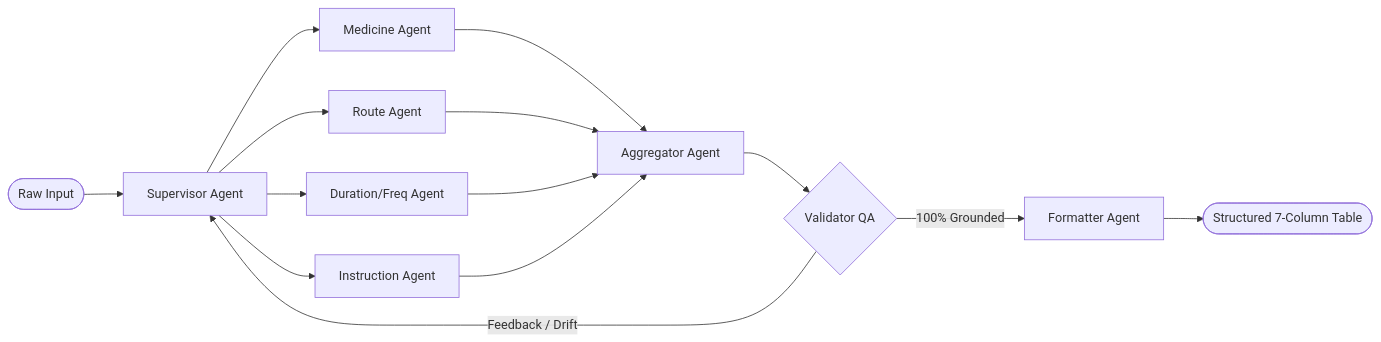
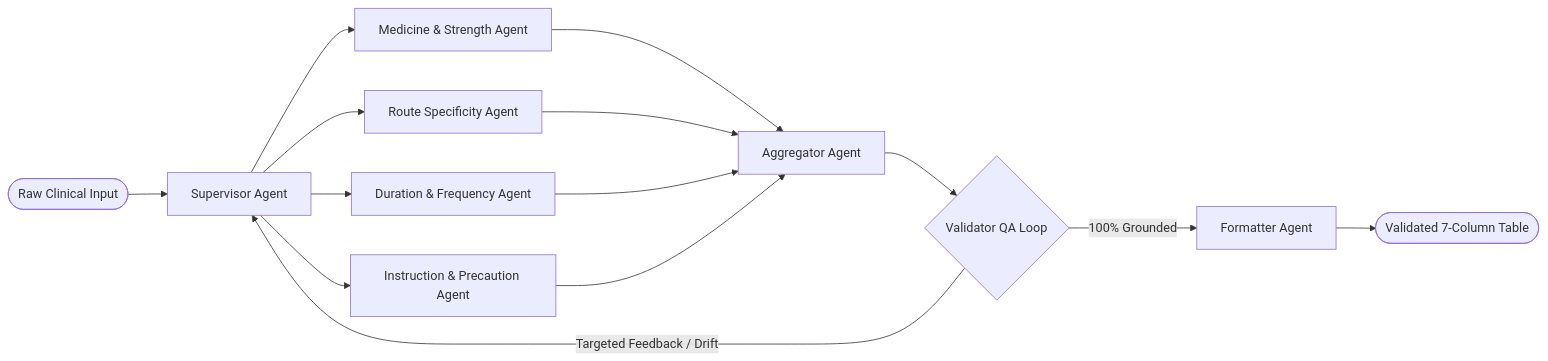
Before and after one commit to AbhinavEliac/Agentic_Prescription_Generator: the second of 2 diagrams in README.md, drawn with Mermaid. The commit also changed other lines of this file, not shown here.

Commit message:
Fix GitHub Mermaid diagram syntax and quoting

````diff
--- a/README.md
+++ b/README.md
@@ -98,21 +98,21 @@
 ```mermaid
 flowchart LR
-    Start([Raw Input]) --> Sup[Supervisor Agent]
+    Start(["Raw Clinical Input"]) --> Sup["Supervisor Agent"]
     
-    Sup --> Med[Medicine Agent]
-    Sup --> Route[Route Agent]
-    Sup --> DurFreq[Duration/Freq Agent]
-    Sup --> Inst[Instruction Agent]
+    Sup --> Med["Medicine & Strength Agent"]
+    Sup --> Route["Route Specificity Agent"]
+    Sup --> DurFreq["Duration & Frequency Agent"]
+    Sup --> Inst["Instruction & Precaution Agent"]
     
-    Med --> Agg[Aggregator Agent]
+    Med --> Agg["Aggregator Agent"]
     Route --> Agg
     DurFreq --> Agg
     Inst --> Agg
     
-    Agg --> Val{Validator QA}
+    Agg --> Val{"Validator QA Loop"}
     
-    Val -- "Feedback / Drift" --> Sup
-    Val -- "100% Grounded" --> Form[Formatter Agent]
+    Val -->|"Targeted Feedback / Drift"| Sup
+    Val -->|"100% Grounded"| Form["Formatter Agent"]
     
-    Form --> End([Structured 7-Column Table])
+    Form --> End(["Validated 7-Column Table"])
 ```
````
